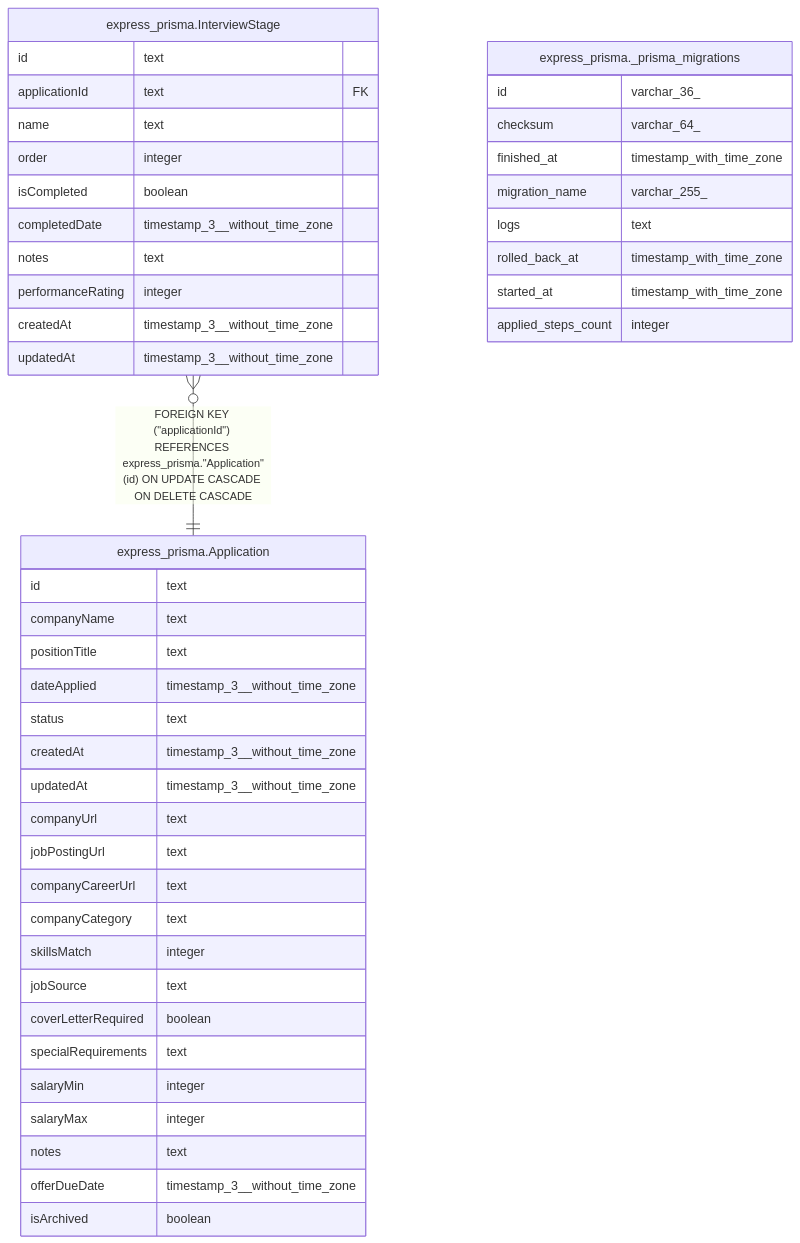
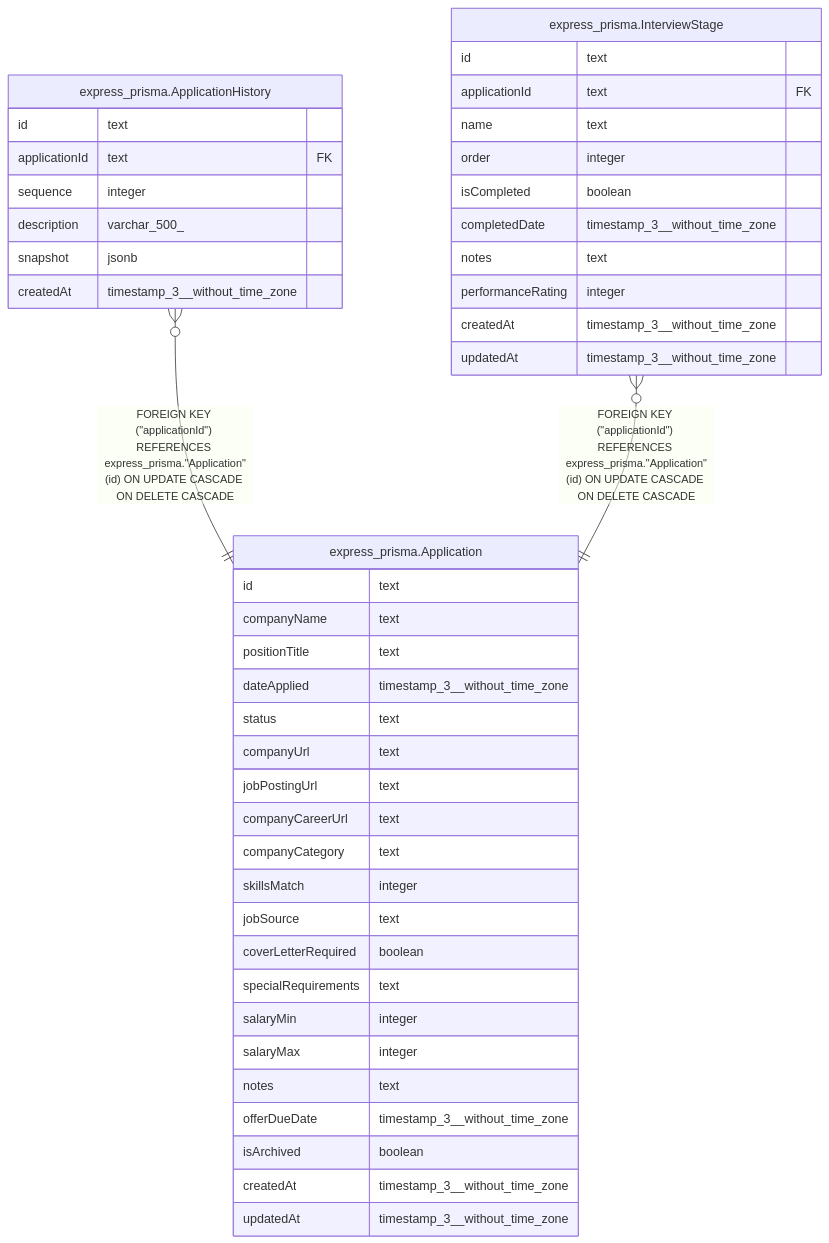
The diagram in docs/schema/express-prisma/README.md (WhatIfWeDigDeeper/application-tracker), drawn with Mermaid before and after one commit. The commit also changed other lines of this file and 104 other files, not shown here.

````diff
--- a/docs/schema/express-prisma/README.md
+++ b/docs/schema/express-prisma/README.md
@@ -30,50 +33,49 @@
 ```mermaid
 erDiagram
 
+"express_prisma.ApplicationHistory" }o--|| "express_prisma.Application" : "FOREIGN KEY (#quot;applicationId#quot;) REFERENCES express_prisma.#quot;Application#quot;(id) ON UPDATE CASCADE ON DELETE CASCADE"
 "express_prisma.InterviewStage" }o--|| "express_prisma.Application" : "FOREIGN KEY (#quot;applicationId#quot;) REFERENCES express_prisma.#quot;Application#quot;(id) ON UPDATE CASCADE ON DELETE CASCADE"
 
-"express_prisma._prisma_migrations" {
-  id varchar_36_
-  checksum varchar_64_
-  finished_at timestamp_with_time_zone
-  migration_name varchar_255_
-  logs text
-  rolled_back_at timestamp_with_time_zone
-  started_at timestamp_with_time_zone
-  applied_steps_count integer
-}
 "express_prisma.Application" {
   id text
   companyName text
   positionTitle text
   dateApplied timestamp_3__without_time_zone
   status text
-  createdAt timestamp_3__without_time_zone
-  updatedAt timestamp_3__without_time_zone
   companyUrl text
   jobPostingUrl text
   companyCareerUrl text
   companyCategory text
   skillsMatch integer
   jobSource text
   coverLetterRequired boolean
   specialRequirements text
   salaryMin integer
   salaryMax integer
   notes text
   offerDueDate timestamp_3__without_time_zone
   isArchived boolean
+  createdAt timestamp_3__without_time_zone
+  updatedAt timestamp_3__without_time_zone
+}
+"express_prisma.ApplicationHistory" {
+  id text
+  applicationId text FK
+  sequence integer
+  description varchar_500_
+  snapshot jsonb
+  createdAt timestamp_3__without_time_zone
 }
 "express_prisma.InterviewStage" {
   id text
   applicationId text FK
   name text
   order integer
   isCompleted boolean
   completedDate timestamp_3__without_time_zone
   notes text
   performanceRating integer
   createdAt timestamp_3__without_time_zone
   updatedAt timestamp_3__without_time_zone
 }
 ```
````
